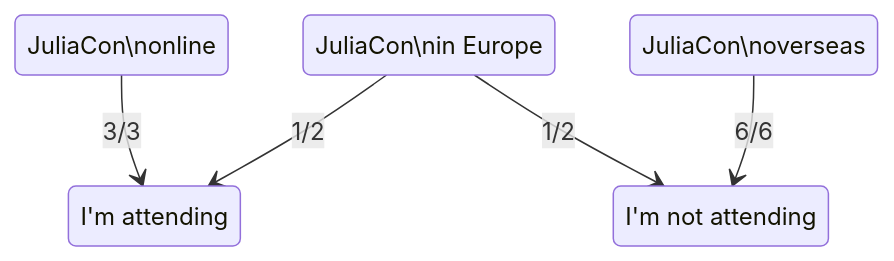
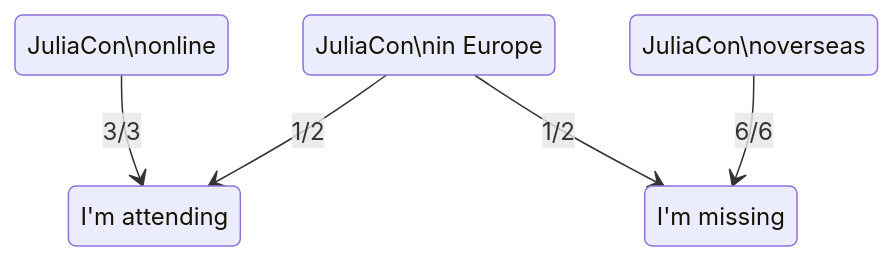
Before and after one commit to gdalle/JuliaCon2024-HMM: the second of 2 diagrams in index.qmd, drawn with Mermaid. The commit also changed other lines of this file and 74 other files, not shown here.

````diff
--- a/index.qmd
+++ b/index.qmd
@@ -98,13 +110,13 @@
 ```{mermaid}
 %%| echo: false
 stateDiagram-v2
   state "JuliaCon\nonline" as online
   state "JuliaCon\nin Europe" as europe
   state "JuliaCon\noverseas" as overseas
   state "I'm attending" as attending
-  state "I'm not attending" as missing
+  state "I'm missing" as missing
   online --> attending: 3/3
   overseas --> missing: 6/6
   europe --> attending: 1/2
   europe --> missing: 1/2
 ```
````
